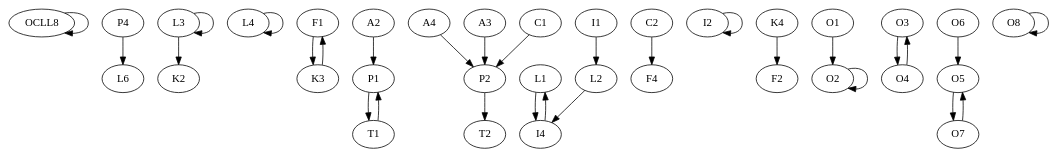
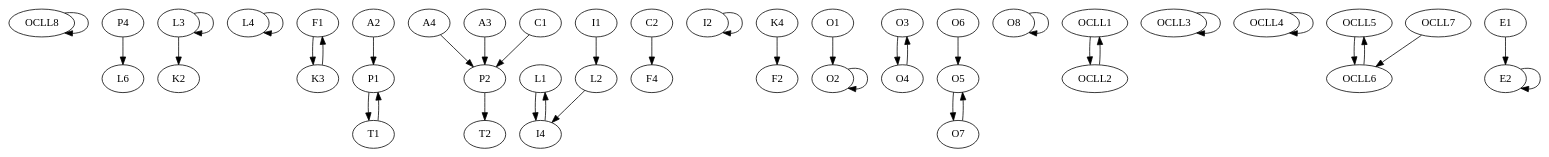
Before and after one commit to zimolzak/rubik-inverter: the diagram in rubik-oll.dot, drawn with Graphviz.

Commit message:
Added up thru the Es.

```diff
--- a/rubik-oll.dot
+++ b/rubik-oll.dot
@@ -1,35 +1,46 @@
 digraph {
 
 OCLL8 	   -> OCLL8;
 P4	   -> L6;
 L3	   -> L3;
 L4	   -> L4;
 F1	   -> K3;
 A2	   -> P1;
 A4	   -> P2;
 A3	   -> P2;
 L3	   -> K2;
 T1	   -> P1;
 P1	   -> T1;
 P2	   -> T2;
 L1	   -> I4;
 L2	   -> I4;
 I4	   -> L1;
 C1	   -> P2;
 C2	   -> F4;
 I1	   -> L2;
 I2	   -> I2;
 K3	   -> F1;
 K4	   -> F2;
 O1	   -> O2;
 O2	   -> O2;
 O3	   -> O4;
 O4	   -> O3;
 O5	   -> O7;
 O6	   -> O5;
 O7	   -> O5;
 O8	   -> O8;
 
+OCLL1	   -> OCLL2;
+OCLL2	   -> OCLL1;
+OCLL3	   -> OCLL3;
+OCLL4	   -> OCLL4;
+OCLL5	   -> OCLL6;
+OCLL6	   -> OCLL5;
+OCLL7	   -> OCLL6;
+
+E1	   -> E2;
+E2	   -> E2;
+
 
 
 }
```
